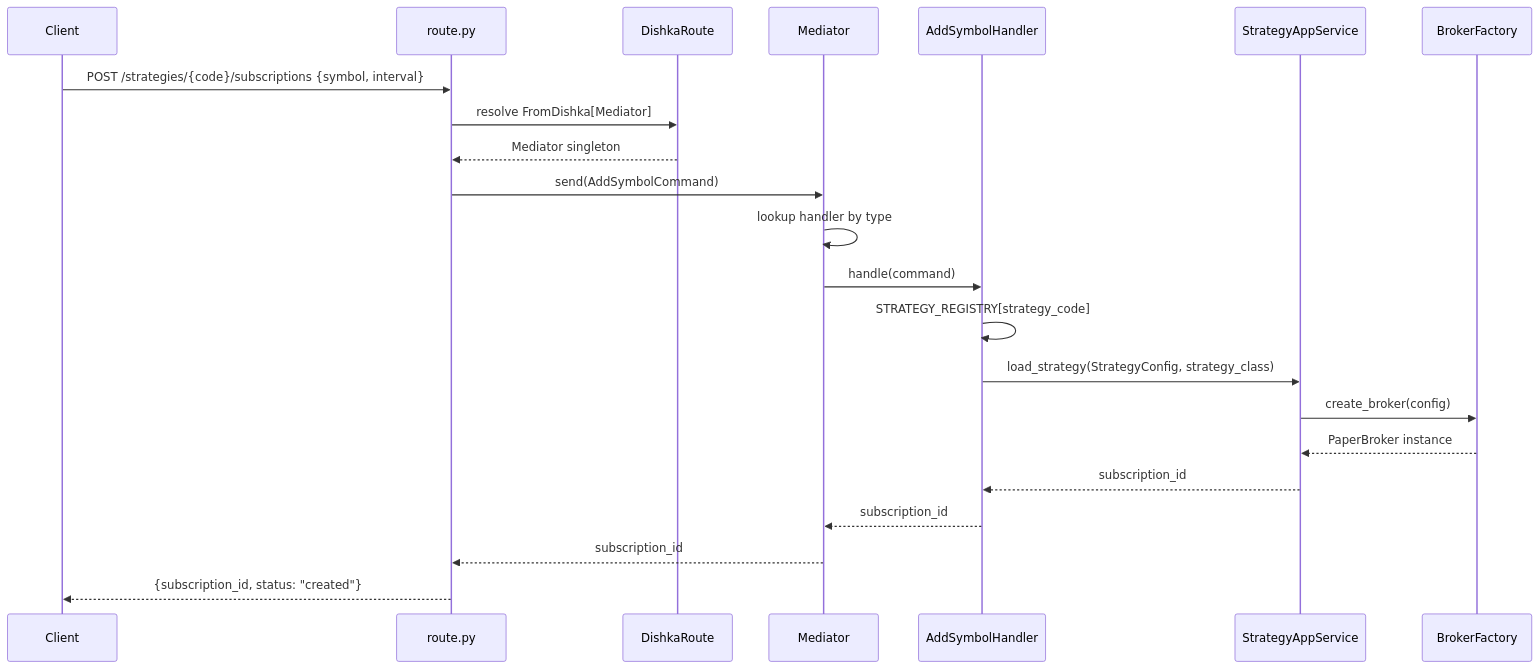
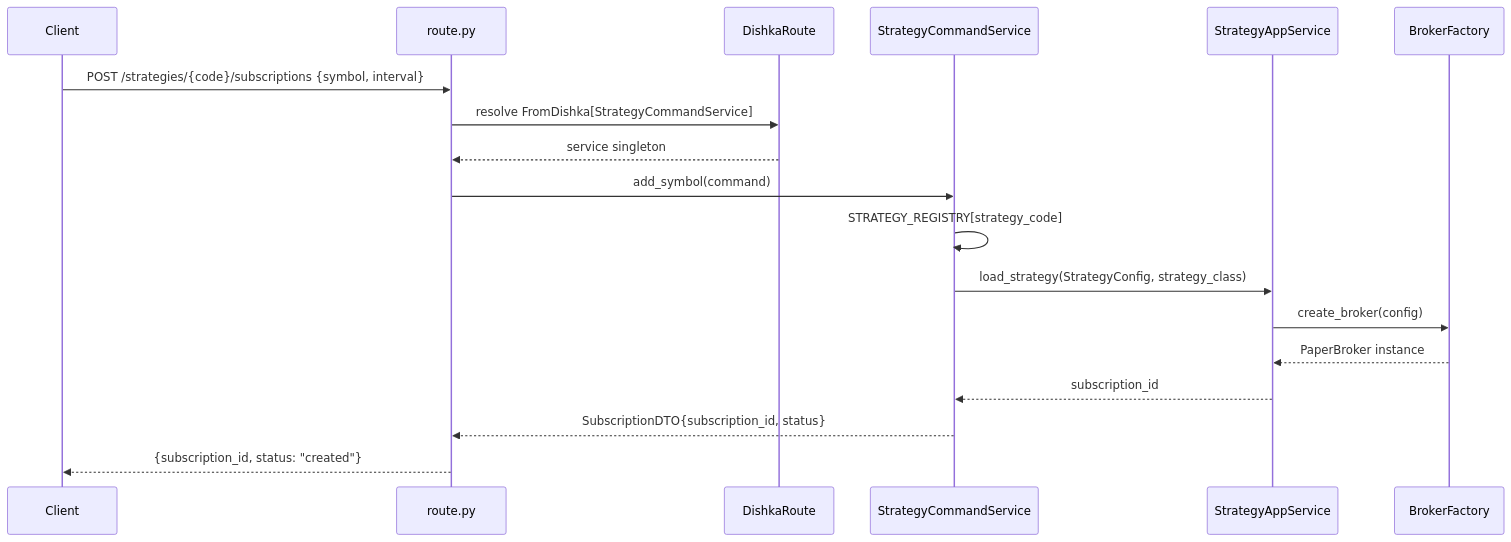
The second of 4 diagrams in docs/architecture-visual-map.md (camping89/pocketquant), drawn with Mermaid before and after one commit. The commit also changed other lines of this file and 40 other files, not shown here.

````diff
--- a/docs/architecture-visual-map.md
+++ b/docs/architecture-visual-map.md
@@ -201,25 +199,21 @@
 ```mermaid
 sequenceDiagram
     participant Client
     participant Route as route.py
     participant Dishka as DishkaRoute
-    participant Med as Mediator
-    participant Handler as AddSymbolHandler
+    participant Service as StrategyCommandService
     participant Engine as StrategyAppService
     participant Broker as BrokerFactory
 
     Client->>Route: POST /strategies/{code}/subscriptions {symbol, interval}
-    Route->>Dishka: resolve FromDishka[Mediator]
-    Dishka-->>Route: Mediator singleton
-    Route->>Med: send(AddSymbolCommand)
-    Med->>Med: lookup handler by type
-    Med->>Handler: handle(command)
-    Handler->>Handler: STRATEGY_REGISTRY[strategy_code]
-    Handler->>Engine: load_strategy(StrategyConfig, strategy_class)
+    Route->>Dishka: resolve FromDishka[StrategyCommandService]
+    Dishka-->>Route: service singleton
+    Route->>Service: add_symbol(command)
+    Service->>Service: STRATEGY_REGISTRY[strategy_code]
+    Service->>Engine: load_strategy(StrategyConfig, strategy_class)
     Engine->>Broker: create_broker(config)
     Broker-->>Engine: PaperBroker instance
-    Engine-->>Handler: subscription_id
-    Handler-->>Med: subscription_id
-    Med-->>Route: subscription_id
+    Engine-->>Service: subscription_id
+    Service-->>Route: SubscriptionDTO{subscription_id, status}
     Route-->>Client: {subscription_id, status: "created"}
 ```
````
